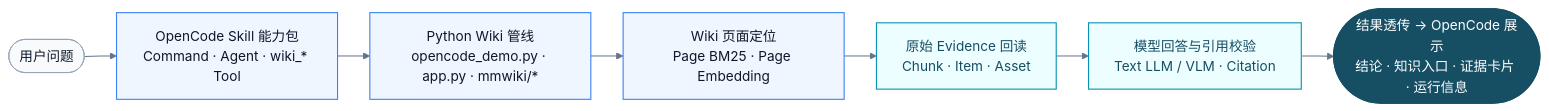
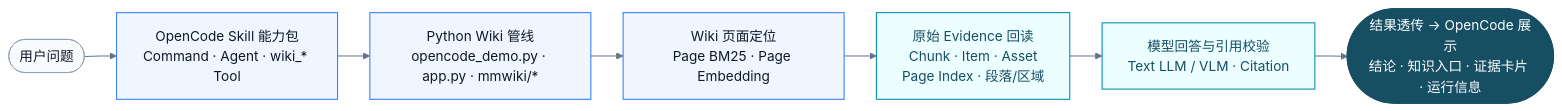
The first of 3 diagrams in .opencode/skills/multimodal-wiki/README.md (yooa722/multimodal-llm-wiki), drawn with Mermaid before and after one commit. The commit also changed other lines of this file and 12 other files, not shown here.

Commit message:
feat: add precise page-level evidence provenance

````diff
--- a/.opencode/skills/multimodal-wiki/README.md
+++ b/.opencode/skills/multimodal-wiki/README.md
@@ -25,20 +25,20 @@
 ```mermaid
 %%{init: {"theme":"base","flowchart":{"curve":"linear","nodeSpacing":28,"rankSpacing":38},"themeVariables":{"fontFamily":"Inter, -apple-system, BlinkMacSystemFont, Segoe UI, sans-serif"}}}%%
 flowchart LR
     U(["用户问题"]) --> O["OpenCode Skill 能力包<br/>Command · Agent · wiki_* Tool"]
     O --> P["Python Wiki 管线<br/>opencode_demo.py · app.py · mmwiki/*"]
     P --> W["Wiki 页面定位<br/>Page BM25 · Page Embedding"]
-    W --> E["原始 Evidence 回读<br/>Chunk · Item · Asset"]
+    W --> E["原始 Evidence 回读<br/>Chunk · Item · Asset<br/>Page Index · 段落/区域"]
     E --> M["模型回答与引用校验<br/>Text LLM / VLM · Citation"]
     M --> R(["结果透传 → OpenCode 展示<br/>结论 · 知识入口 · 证据卡片 · 运行信息"])
 
     class U neutral
     class O,P,W core
     class E,M multimodal
     class R result
     classDef neutral fill:#F8FAFC,stroke:#94A3B8,color:#0F172A,stroke-width:1px
     classDef core fill:#EFF6FF,stroke:#3B82F6,color:#0F172A,stroke-width:1.3px
     classDef multimodal fill:#ECFEFF,stroke:#0891B2,color:#164E63,stroke-width:1.3px
     classDef result fill:#164E63,stroke:#164E63,color:#FFFFFF,stroke-width:1.3px
     linkStyle default stroke:#64748B,stroke-width:1.2px
 ```
````
